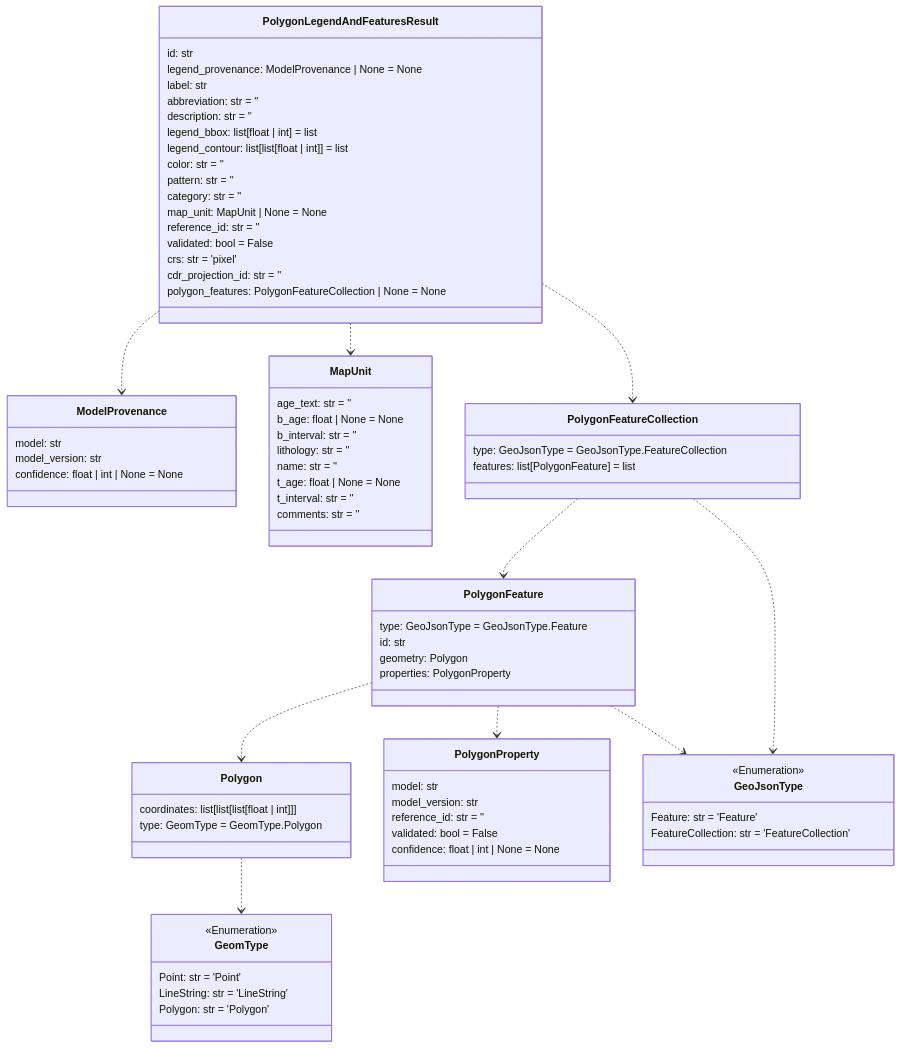
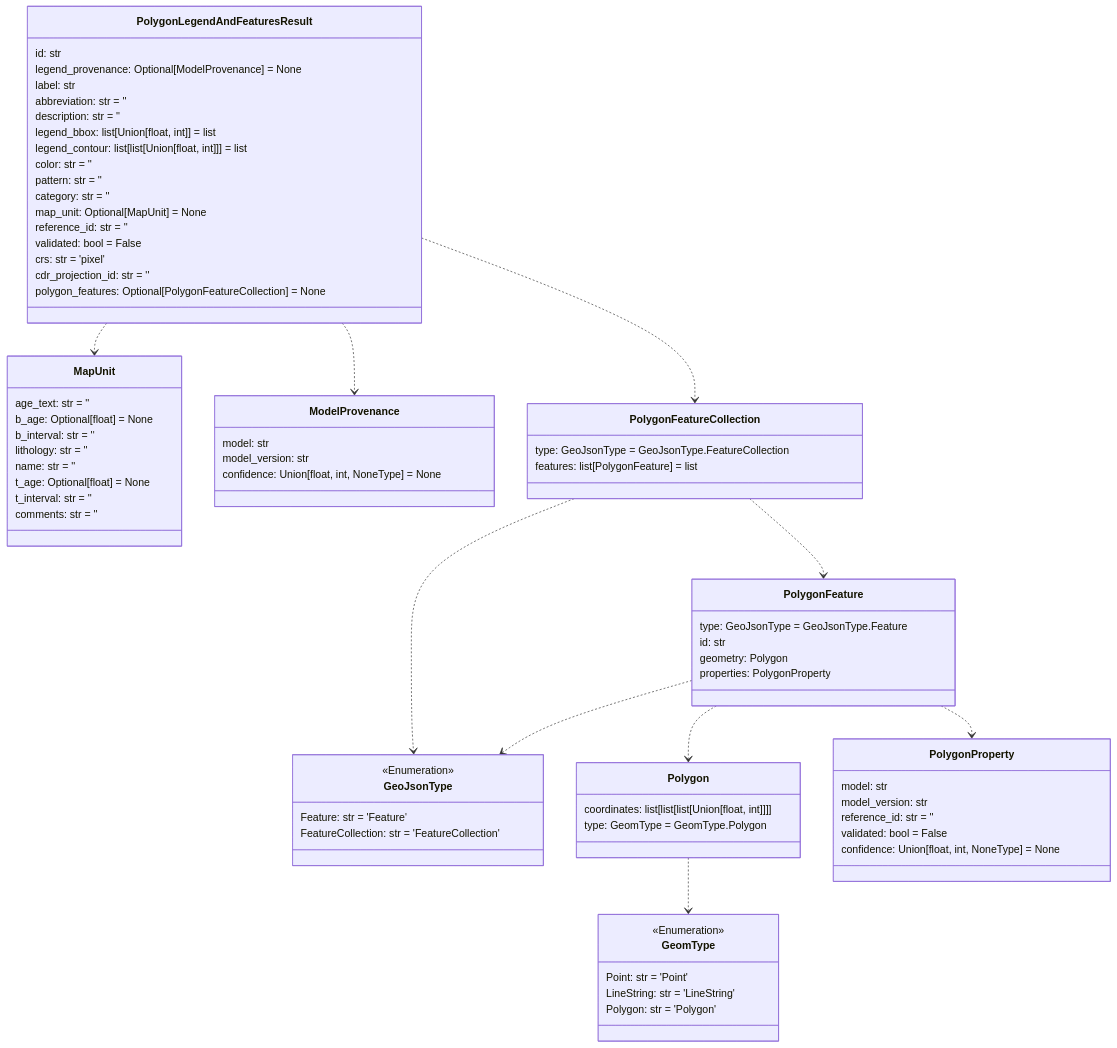
One commit to DARPA-CRITICALMAAS/cdr_schemas changed the seventh of 14 diagrams in README.md. Above: the diagram before and after it, drawn with Mermaid. The commit also changed other lines of this file and 2 other files, not shown here.

````diff
--- a/README.md
+++ b/README.md
@@ -543,16 +543,47 @@
 ```mermaid
 classDiagram
+
+    class MapUnit {
+        age_text: str = ''
+        b_age: Optional[float] = None
+        b_interval: str = ''
+        lithology: str = ''
+        name: str = ''
+        t_age: Optional[float] = None
+        t_interval: str = ''
+        comments: str = ''
+    }
+
+    class PolygonLegendAndFeaturesResult {
+        id: str
+        legend_provenance: Optional[ModelProvenance] = None
+        label: str
+        abbreviation: str = ''
+        description: str = ''
+        legend_bbox: list[Union[float, int]] = list
+        legend_contour: list[list[Union[float, int]]] = list
+        color: str = ''
+        pattern: str = ''
+        category: str = ''
+        map_unit: Optional[MapUnit] = None
+        reference_id: str = ''
+        validated: bool = False
+        crs: str = 'pixel'
+        cdr_projection_id: str = ''
+        polygon_features: Optional[PolygonFeatureCollection] = None
+    }
+
+    class GeoJsonType {
+        <<Enumeration>>
+        Feature: str = 'Feature'
+        FeatureCollection: str = 'FeatureCollection'
+    }
 
     class PolygonFeature {
         type: GeoJsonType = GeoJsonType.Feature
         id: str
         geometry: Polygon
         properties: PolygonProperty
-    }
-
-    class Polygon {
-        coordinates: list[list[list[float | int]]]
-        type: GeomType = GeomType.Polygon
     }
 
     class GeomType {
@@ -562,54 +593,15 @@
         Polygon: str = 'Polygon'
     }
 
-    class PolygonProperty {
-        model: str
-        model_version: str
-        reference_id: str = ''
-        validated: bool = False
-        confidence: float | int | None = None
-    }
-
-    class GeoJsonType {
-        <<Enumeration>>
-        Feature: str = 'Feature'
-        FeatureCollection: str = 'FeatureCollection'
-    }
-
-    class PolygonLegendAndFeaturesResult {
-        id: str
-        legend_provenance: ModelProvenance | None = None
-        label: str
-        abbreviation: str = ''
-        description: str = ''
-        legend_bbox: list[float | int] = list
-        legend_contour: list[list[float | int]] = list
-        color: str = ''
-        pattern: str = ''
-        category: str = ''
-        map_unit: MapUnit | None = None
-        reference_id: str = ''
-        validated: bool = False
-        crs: str = 'pixel'
-        cdr_projection_id: str = ''
-        polygon_features: PolygonFeatureCollection | None = None
-    }
-
     class ModelProvenance {
         model: str
         model_version: str
-        confidence: float | int | None = None
+        confidence: Union[float, int, NoneType] = None
     }
 
-    class MapUnit {
-        age_text: str = ''
-        b_age: float | None = None
-        b_interval: str = ''
-        lithology: str = ''
-        name: str = ''
-        t_age: float | None = None
-        t_interval: str = ''
-        comments: str = ''
+    class Polygon {
+        coordinates: list[list[list[Union[float, int]]]]
+        type: GeomType = GeomType.Polygon
     }
 
     class PolygonFeatureCollection {
@@ -617,12 +609,20 @@
         features: list[PolygonFeature] = list
     }
 
+    class PolygonProperty {
+        model: str
+        model_version: str
+        reference_id: str = ''
+        validated: bool = False
+        confidence: Union[float, int, NoneType] = None
+    }
+
     Polygon ..> GeomType
     PolygonFeature ..> Polygon
     PolygonFeature ..> PolygonProperty
     PolygonFeature ..> GeoJsonType
+    PolygonFeatureCollection ..> GeoJsonType
     PolygonFeatureCollection ..> PolygonFeature
-    PolygonFeatureCollection ..> GeoJsonType
     PolygonLegendAndFeaturesResult ..> ModelProvenance
     PolygonLegendAndFeaturesResult ..> MapUnit
     PolygonLegendAndFeaturesResult ..> PolygonFeatureCollection
````
